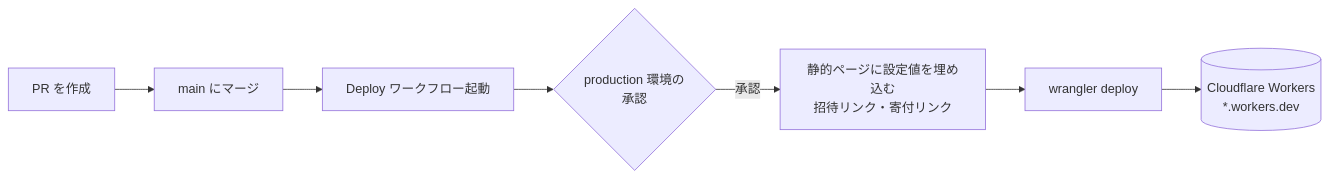
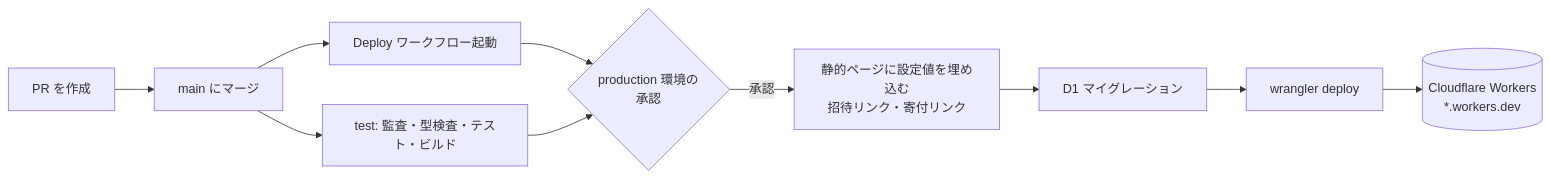
One commit to etlit-r/DIscheduler changed the fifth of 5 diagrams in docs/design.md. Above: the diagram before and after it, drawn with Mermaid. The commit also changed other lines of this file and 4 other files, not shown here.

````diff
--- a/docs/design.md
+++ b/docs/design.md
@@ -986,9 +999,12 @@
 ```mermaid
 flowchart LR
   PR[PR を作成] --> M[main にマージ]
   M --> W[Deploy ワークフロー起動]
   W --> A{production 環境の<br/>承認}
+  M --> T[test: 監査・型検査・テスト・ビルド]
+  T --> A
   A -- 承認 --> R[静的ページに設定値を埋め込む<br/>招待リンク・寄付リンク]
-  R --> D[wrangler deploy]
+  R --> MG[D1 マイグレーション]
+  MG --> D[wrangler deploy]
   D --> CF[(Cloudflare Workers<br/>*.workers.dev)]
 ```
````
